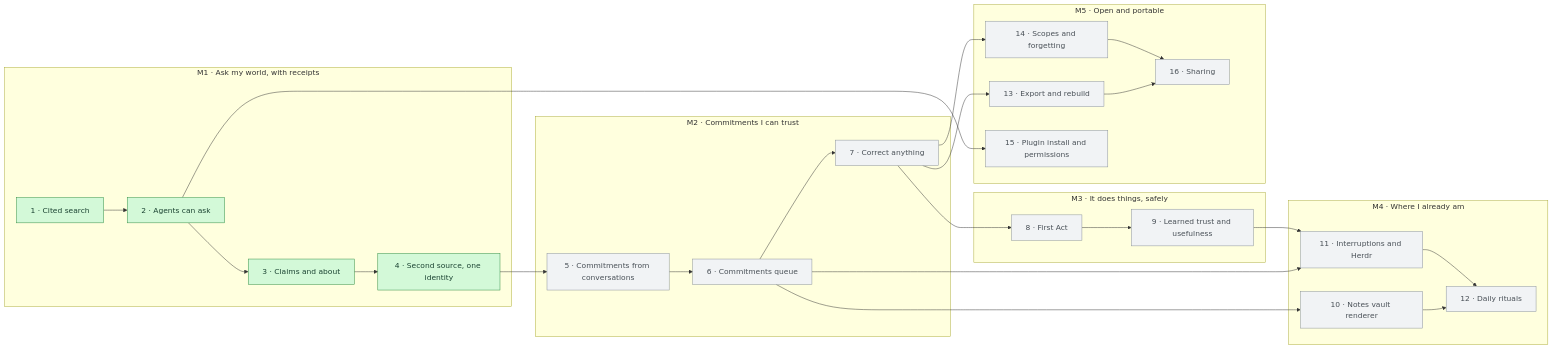
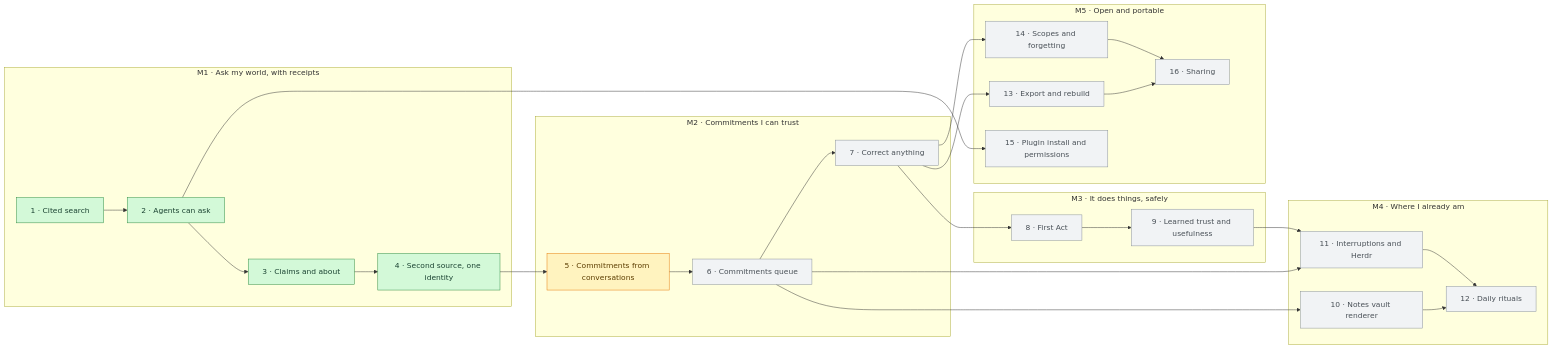
Before and after one commit to FBisca/rastro-ai: the diagram in README.md, drawn with Mermaid. The commit also changed other lines of this file and 4 other files, not shown here.

````diff
--- a/README.md
+++ b/README.md
@@ -46,48 +46,49 @@
 ```mermaid
 flowchart LR
   subgraph M1["M1 · Ask my world, with receipts"]
     s1["1 · Cited search"]
     s2["2 · Agents can ask"]
     s3["3 · Claims and about"]
     s4["4 · Second source, one identity"]
   end
   subgraph M2["M2 · Commitments I can trust"]
     s5["5 · Commitments from conversations"]
     s6["6 · Commitments queue"]
     s7["7 · Correct anything"]
   end
   subgraph M3["M3 · It does things, safely"]
     s8["8 · First Act"]
     s9["9 · Learned trust and usefulness"]
   end
   subgraph M4["M4 · Where I already am"]
     s10["10 · Notes vault renderer"]
     s11["11 · Interruptions and Herdr"]
     s12["12 · Daily rituals"]
   end
   subgraph M5["M5 · Open and portable"]
     s13["13 · Export and rebuild"]
     s14["14 · Scopes and forgetting"]
     s15["15 · Plugin install and permissions"]
     s16["16 · Sharing"]
   end
 
   s1 --> s2 --> s3 --> s4 --> s5 --> s6 --> s7 --> s8 --> s9
   s6 --> s10
   s6 --> s11
   s9 --> s11
   s10 --> s12
   s11 --> s12
   s7 --> s13
   s7 --> s14
   s13 --> s16
   s14 --> s16
   s2 --> s15
 
   classDef done fill:#d3f9d8,stroke:#2b8a3e,color:#1b4332
   classDef doing fill:#fff3bf,stroke:#e67700,color:#5c3d00
   classDef planning fill:#d0ebff,stroke:#1971c2,color:#0b3d6e
   classDef todo fill:#f1f3f5,stroke:#868e96,color:#495057
   class s1,s2,s3,s4 done
-  class s5,s6,s7,s8,s9,s10,s11,s12,s13,s14,s15,s16 todo
+  class s5 doing
+  class s6,s7,s8,s9,s10,s11,s12,s13,s14,s15,s16 todo
 ```
````
